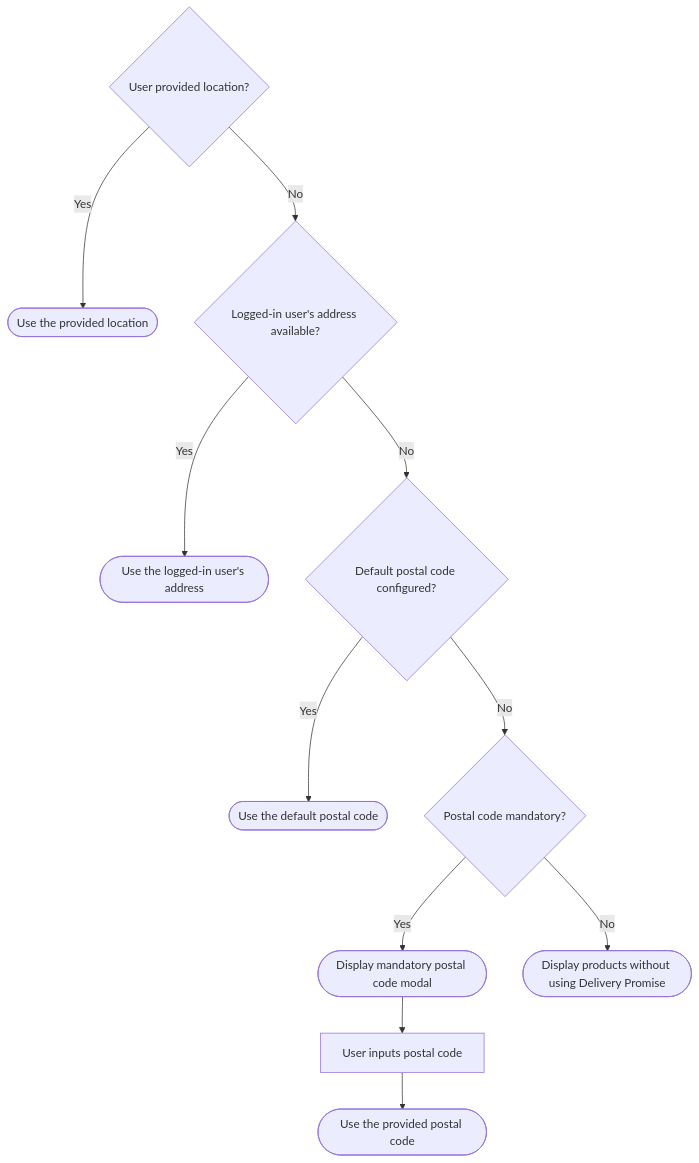
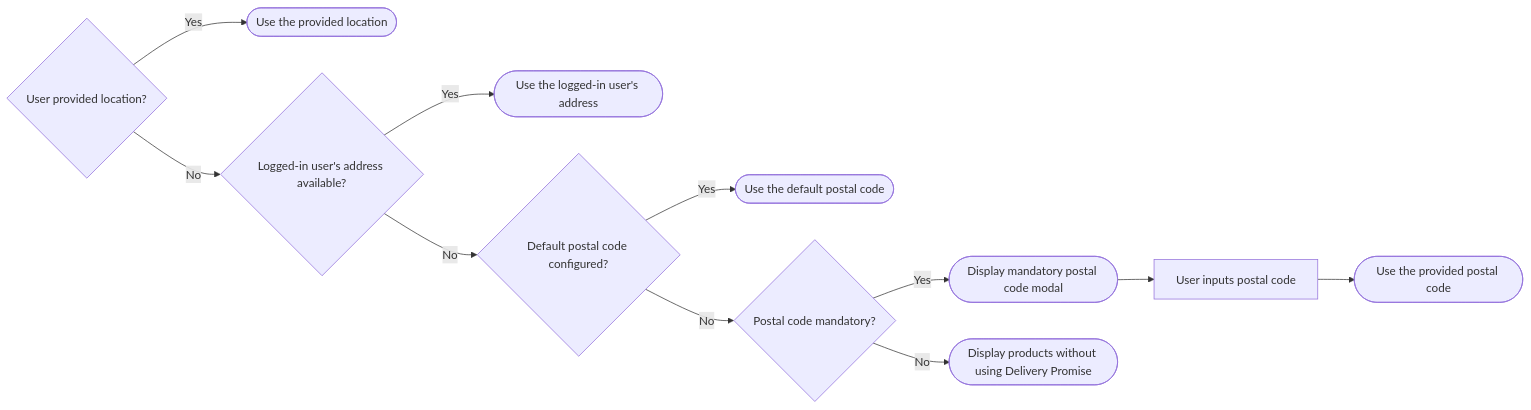
The diagram in docs/faststore/components/features/delivery-promise.mdx (vtexdocs/dev-portal-content), drawn with Mermaid before and after one commit.

Commit message:
fix(delivery-promise.mdx): changing mermaid graph flow

````diff
--- a/docs/faststore/components/features/delivery-promise.mdx
+++ b/docs/faststore/components/features/delivery-promise.mdx
@@ -359,13 +359,13 @@
 ```mermaid
-graph TD
+graph LR
     A{"User provided location?"} -- Yes --> B(["Use the provided location"])
     A -- No --> C{"Logged-in user's address available?"}
     C -- Yes --> D(["Use the logged-in user's address"])
     C -- No --> E{"Default postal code configured?"}
     E -- Yes --> F(["Use the default postal code"])
     E -- No --> H{"Postal code mandatory?"}
     H -- Yes --> K(["Display mandatory postal code modal"])
     K --> L["User inputs postal code"]
     L --> M(["Use the provided postal code"])
     H -- No --> N(["Display products without using Delivery Promise"])
 ```
````
